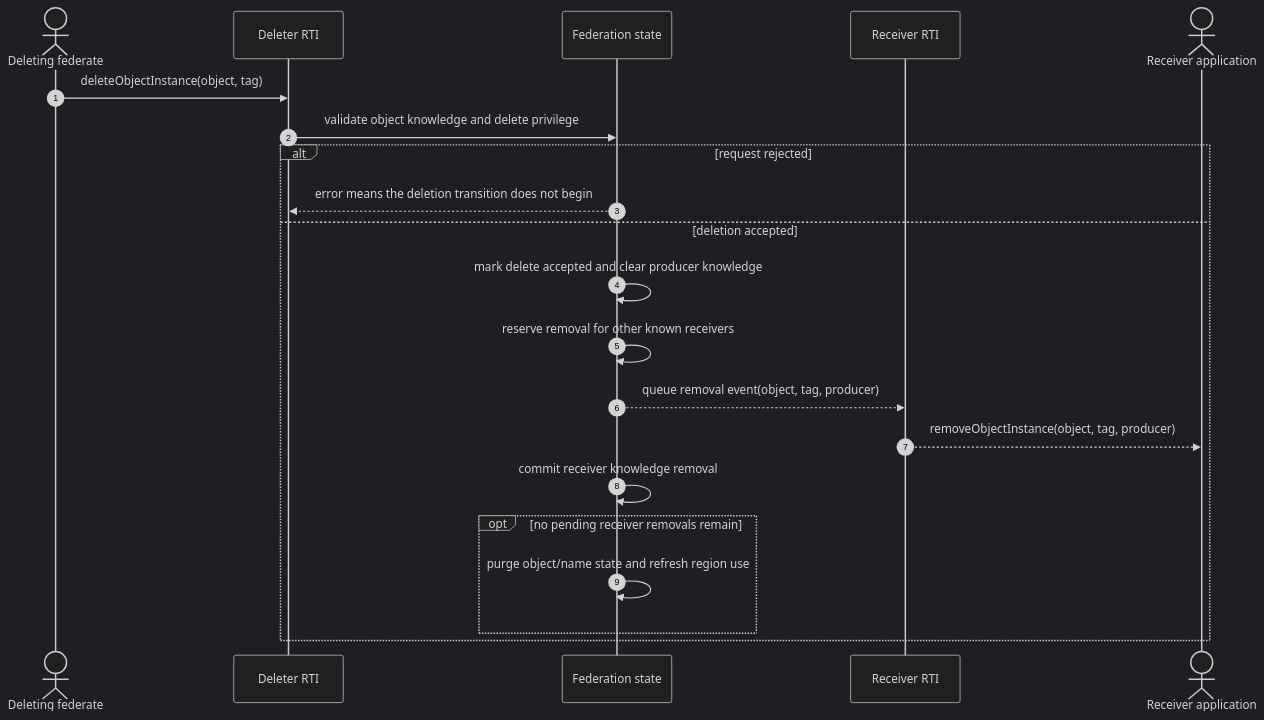
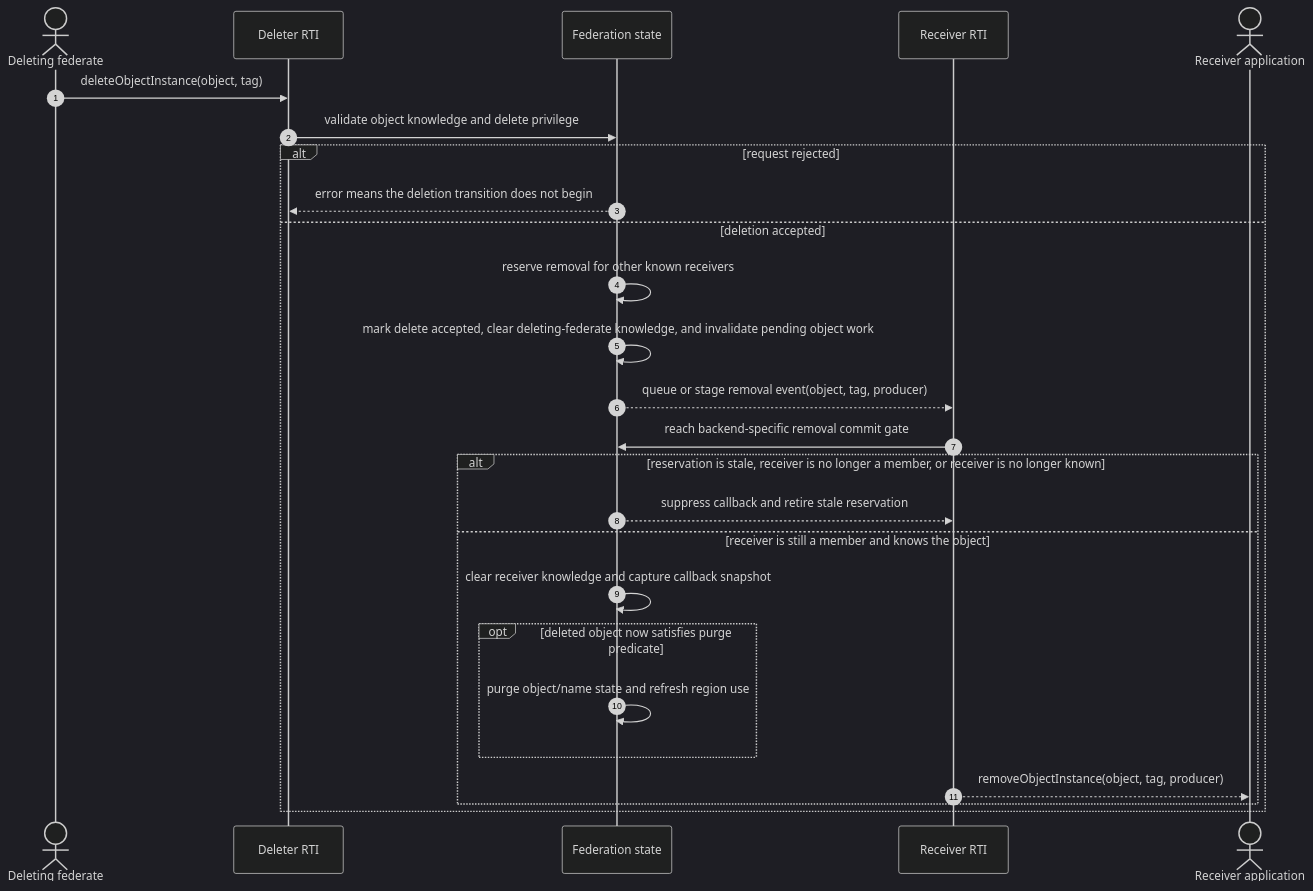
One commit to sheepfling/umbra changed diagram 11 of 12 in docs/design/HLA-2025-OBJECT-AND-INTERACTION-INFORMATION-FLOW-GUIDE.md. Above: the diagram before and after it, drawn with Mermaid (dark theme). The commit also changed other lines of this file and 72 other files, not shown here.

````diff
--- a/docs/design/HLA-2025-OBJECT-AND-INTERACTION-INFORMATION-FLOW-GUIDE.md
+++ b/docs/design/HLA-2025-OBJECT-AND-INTERACTION-INFORMATION-FLOW-GUIDE.md
@@ -243,24 +546,29 @@
 ```mermaid
 sequenceDiagram
   autonumber
   actor Deleter as Deleting federate
   participant DRTI as Deleter RTI
   participant Registry as Federation state
   participant RRTI as Receiver RTI
   actor Receiver as Receiver application
 
   Deleter->>DRTI: deleteObjectInstance(object, tag)
   DRTI->>Registry: validate object knowledge and delete privilege
   alt request rejected
     Registry-->>DRTI: error means the deletion transition does not begin
   else deletion accepted
-    Registry->>Registry: mark delete accepted and clear producer knowledge
     Registry->>Registry: reserve removal for other known receivers
-    Registry-->>RRTI: queue removal event(object, tag, producer)
-    RRTI-->>Receiver: removeObjectInstance(object, tag, producer)
-    Registry->>Registry: commit receiver knowledge removal
-    opt no pending receiver removals remain
-      Registry->>Registry: purge object/name state and refresh region use
+    Registry->>Registry: mark delete accepted, clear deleting-federate knowledge, and invalidate pending object work
+    Registry-->>RRTI: queue or stage removal event(object, tag, producer)
+    RRTI->>Registry: reach backend-specific removal commit gate
+    alt reservation is stale, receiver is no longer a member, or receiver is no longer known
+      Registry-->>RRTI: suppress callback and retire stale reservation
+    else receiver is still a member and knows the object
+      Registry->>Registry: clear receiver knowledge and capture callback snapshot
+      opt deleted object now satisfies purge predicate
+        Registry->>Registry: purge object/name state and refresh region use
+      end
+      RRTI-->>Receiver: removeObjectInstance(object, tag, producer)
     end
   end
 ```
````
